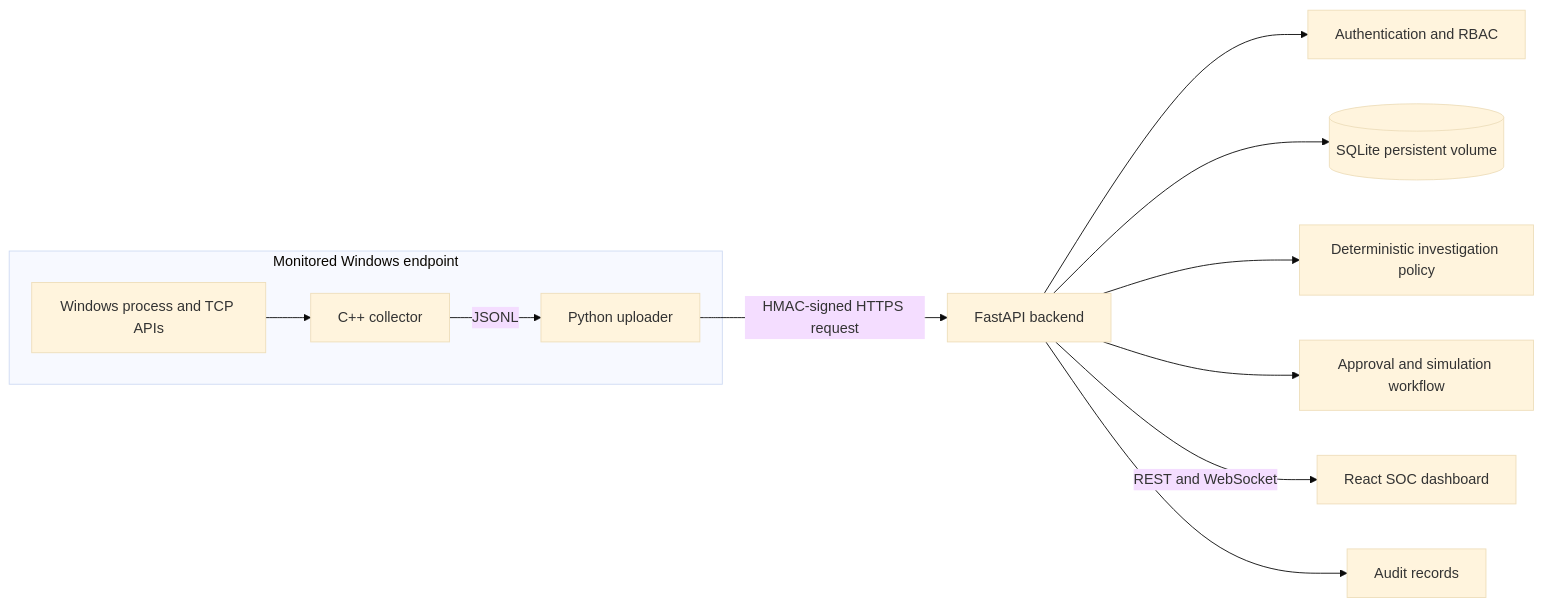
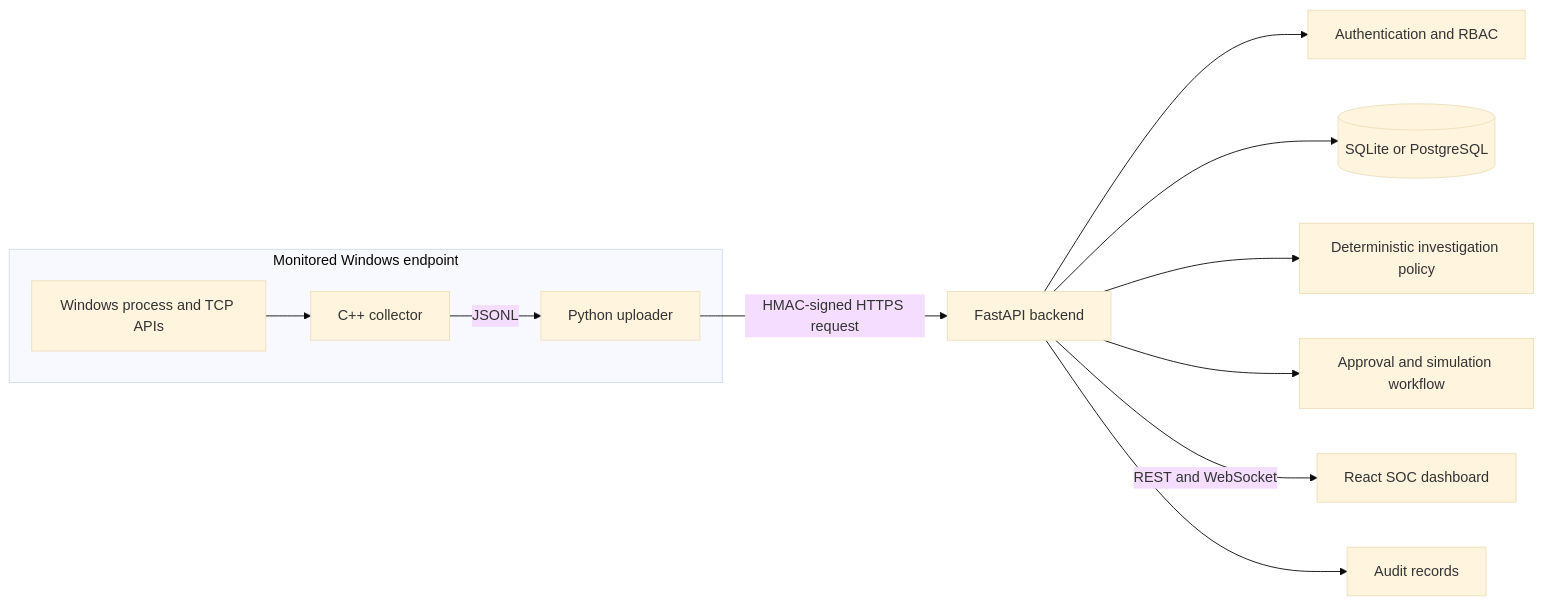
Before and after one commit to shivansh-kumar-adi/AgentSec-Plus-Plus: the diagram in README.md, drawn with Mermaid (base theme). The commit also changed other lines of this file and 13 other files, not shown here.

Commit message:
Add PostgreSQL support and deployment configuration

````diff
--- a/README.md
+++ b/README.md
@@ -57,14 +57,14 @@
 ```mermaid
 flowchart LR
   subgraph Endpoint[Monitored Windows endpoint]
     OS[Windows process and TCP APIs] --> CPP[C++ collector]
     CPP -->|JSONL| UP[Python uploader]
   end
   UP -->|HMAC-signed HTTPS request| API[FastAPI backend]
   API --> AUTH[Authentication and RBAC]
-  API --> DB[(SQLite persistent volume)]
+  API --> DB[(SQLite or PostgreSQL)]
   API --> INV[Deterministic investigation policy]
   API --> RESP[Approval and simulation workflow]
   API -->|REST and WebSocket| UI[React SOC dashboard]
   API --> AUDIT[Audit records]
 ```
````
